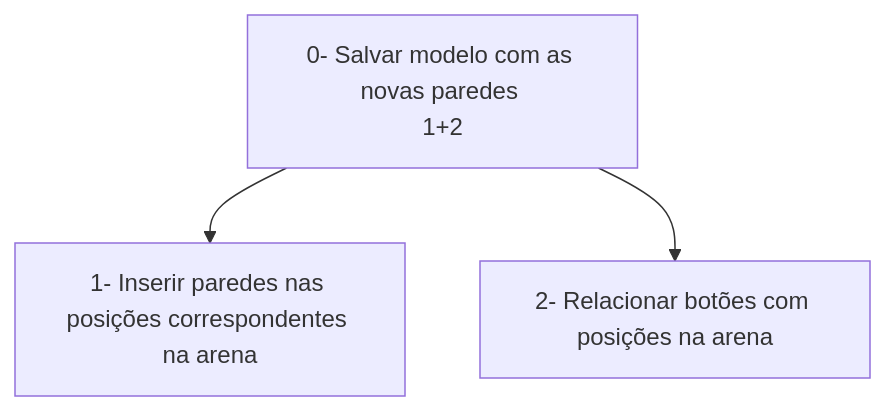
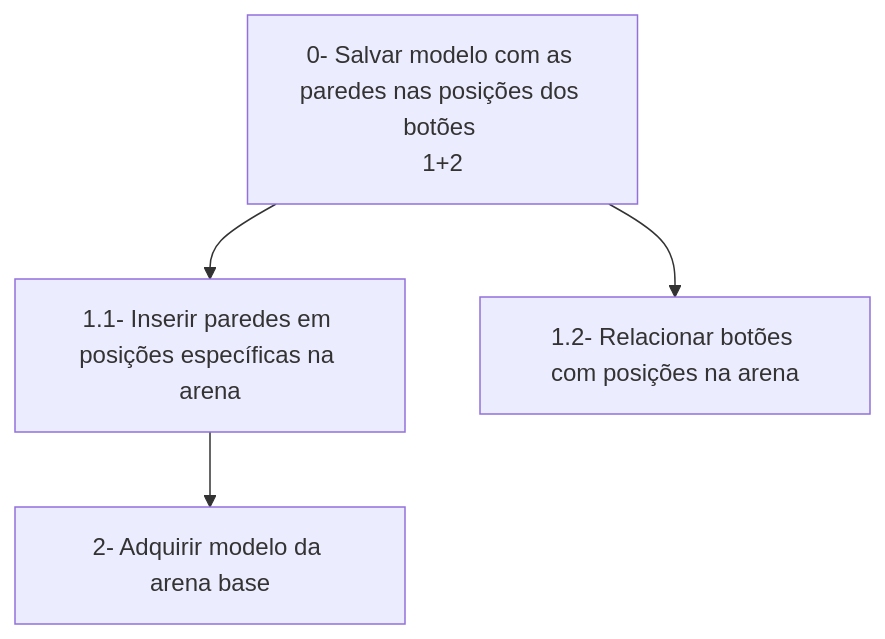
The second of 2 diagrams in Arquivos/Documentos/5_analise_tarefas.md (mdarce765/ProjetoIHC), drawn with Mermaid before and after one commit. The commit also changed other lines of this file, not shown here.

````diff
--- a/Arquivos/Documentos/5_analise_tarefas.md
+++ b/Arquivos/Documentos/5_analise_tarefas.md
@@ -25,10 +26,12 @@
 ```mermaid
 graph TD;
     
-    id1[0- Salvar modelo com as novas paredes <br>1+2]
-    id2[1- Inserir paredes nas posições correspondentes na arena]
-    id3[2- Relacionar botões com posições na arena]
+    id1[0- Salvar modelo com as paredes nas posições dos botões <br>1+2]
+    id2[1.1- Inserir paredes em posições específicas na arena]
+    id3[1.2- Relacionar botões com posições na arena]
+    id4[2- Adquirir modelo da arena base]
     
     id1-->id2;
     id1-->id3;
+    id2-->id4;
 ```
````
